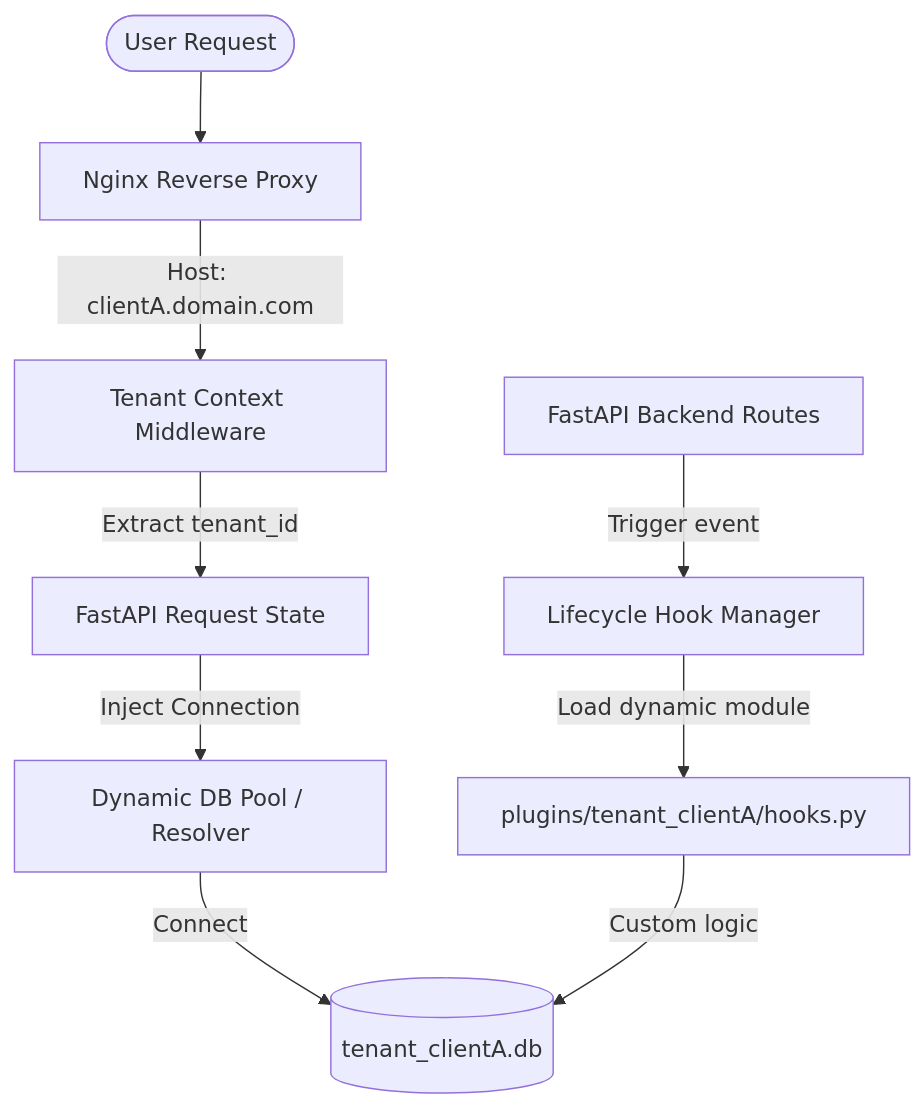
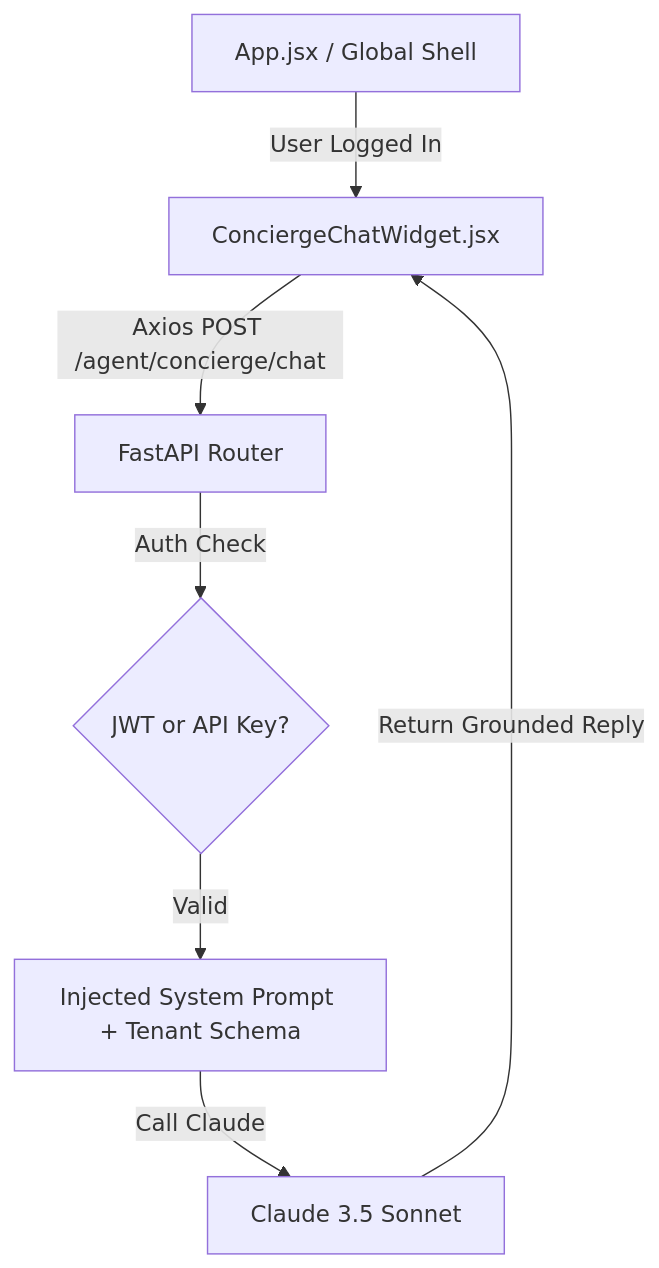
The diagram in ERP/implementation_plan.md (maurop70/Meta_App_Factory2), drawn with Mermaid before and after one commit. The commit also changed other lines of this file and 4 other files, not shown here.

Commit message:
Build floating Concierge Chat Widget UI and implement backend IP protection prompt constraints

````diff
--- a/ERP/implementation_plan.md
+++ b/ERP/implementation_plan.md
@@ -27,12 +21,9 @@
 ```mermaid
 graph TD
-    User([User Request]) --> Nginx[Nginx Reverse Proxy]
-    Nginx -->|Host: clientA.domain.com| Middleware[Tenant Context Middleware]
-    Middleware -->|Extract tenant_id| State[FastAPI Request State]
-    State -->|Inject Connection| DbPool[Dynamic DB Pool / Resolver]
-    DbPool -->|Connect| TenantDb[(tenant_clientA.db)]
-    
-    Backend[FastAPI Backend Routes] -->|Trigger event| HookManager[Lifecycle Hook Manager]
-    HookManager -->|Load dynamic module| Plugin[plugins/tenant_clientA/hooks.py]
-    Plugin -->|Custom logic| TenantDb
+    App[App.jsx / Global Shell] -->|User Logged In| Widget[ConciergeChatWidget.jsx]
+    Widget -->|Axios POST /agent/concierge/chat| Backend[FastAPI Router]
+    Backend -->|Auth Check| AuthGuard{JWT or API Key?}
+    AuthGuard -->|Valid| Prompt[Injected System Prompt + Tenant Schema]
+    Prompt -->|Call Claude| Claude[Claude 3.5 Sonnet]
+    Claude -->|Return Grounded Reply| Widget
 ```
````
